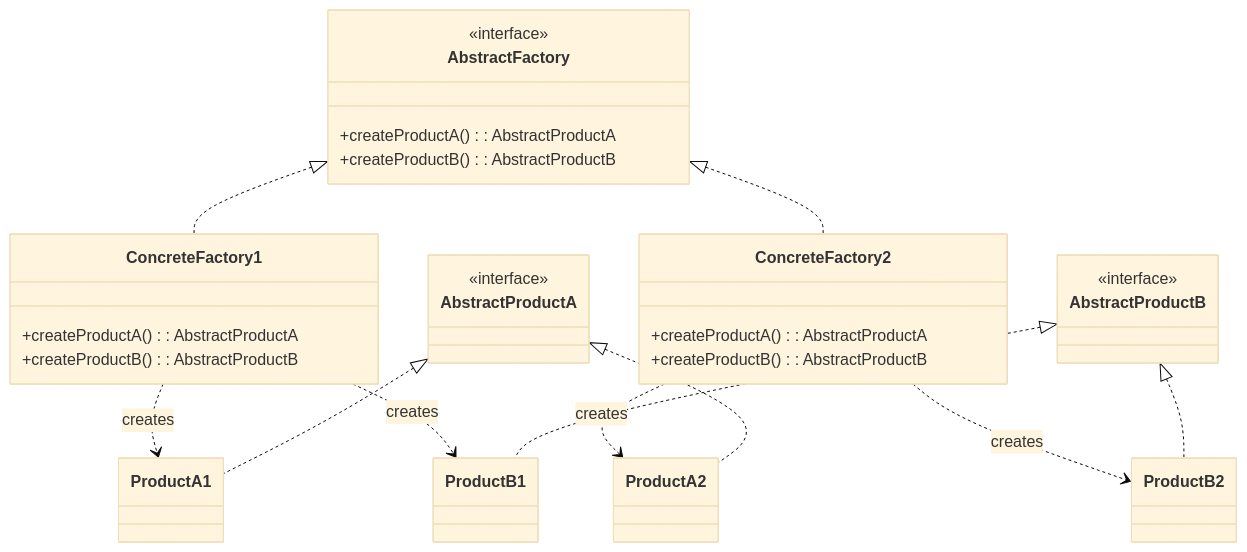
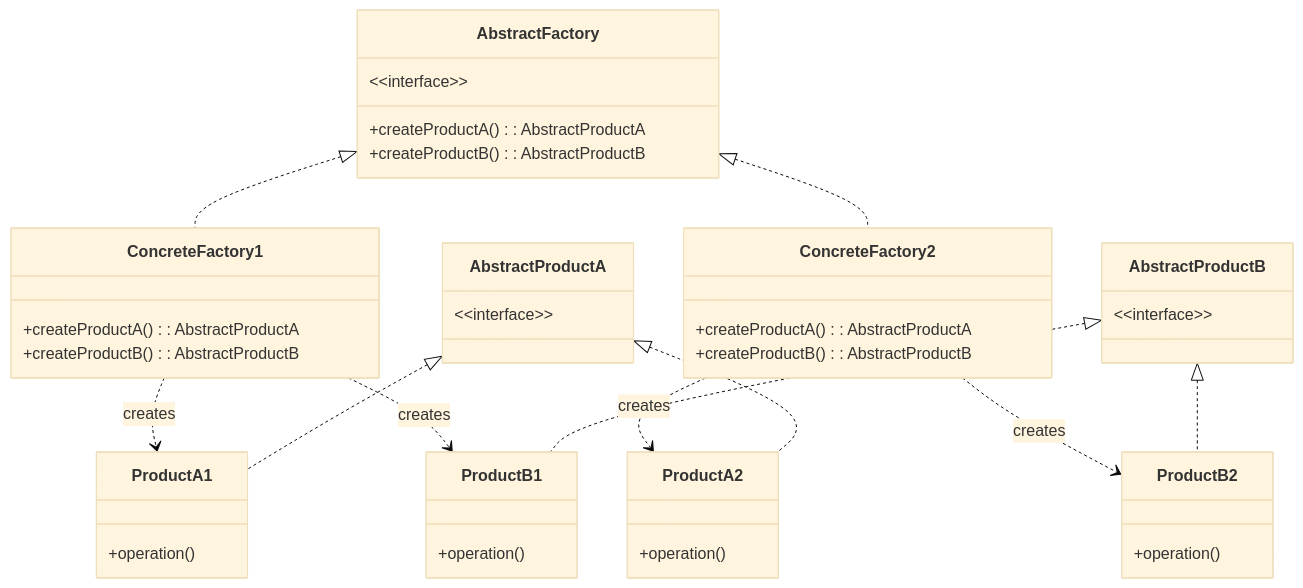
The third of 3 diagrams in content/posts/interview/ios-design/patterns/工厂模式/index.md (AmatsuZero/LastStand), drawn with Mermaid (base theme) before and after one commit. The commit also changed other lines of this file and 10 other files, not shown here.

First line of the commit message:
fix: 修复设计模式系列 mermaid classDiagram 尖括号渲染失败

````diff
--- a/content/posts/interview/ios-design/patterns/工厂模式/index.md
+++ b/content/posts/interview/ios-design/patterns/工厂模式/index.md
@@ -335,37 +335,50 @@
 ```mermaid
 classDiagram
     class AbstractFactory {
-        <<interface>>
+        &lt;&lt;interface&gt;&gt;
         +createProductA(): AbstractProductA
         +createProductB(): AbstractProductB
     }
     
     class ConcreteFactory1 {
         +createProductA(): AbstractProductA
         +createProductB(): AbstractProductB
     }
     
     class ConcreteFactory2 {
         +createProductA(): AbstractProductA
         +createProductB(): AbstractProductB
     }
     
     class AbstractProductA {
-        <<interface>>
+        &lt;&lt;interface&gt;&gt;
     }
     
     class AbstractProductB {
-        <<interface>>
+        &lt;&lt;interface&gt;&gt;
     }
-    
+
+    class ProductA1 {
+        +operation()
+    }
+    class ProductA2 {
+        +operation()
+    }
+    class ProductB1 {
+        +operation()
+    }
+    class ProductB2 {
+        +operation()
+    }
+
     AbstractFactory <|.. ConcreteFactory1
     AbstractFactory <|.. ConcreteFactory2
     ConcreteFactory1 ..> ProductA1 : creates
     ConcreteFactory1 ..> ProductB1 : creates
     ConcreteFactory2 ..> ProductA2 : creates
     ConcreteFactory2 ..> ProductB2 : creates
     AbstractProductA <|.. ProductA1
     AbstractProductA <|.. ProductA2
     AbstractProductB <|.. ProductB1
     AbstractProductB <|.. ProductB2
 ```
````
